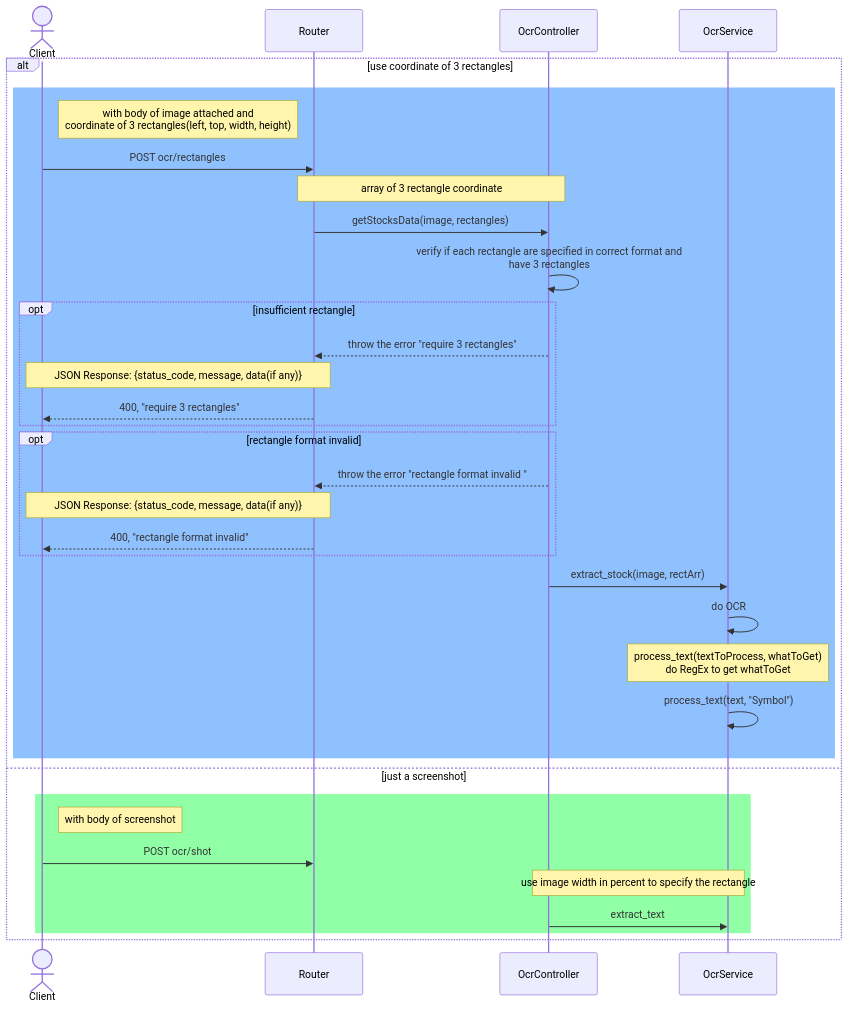
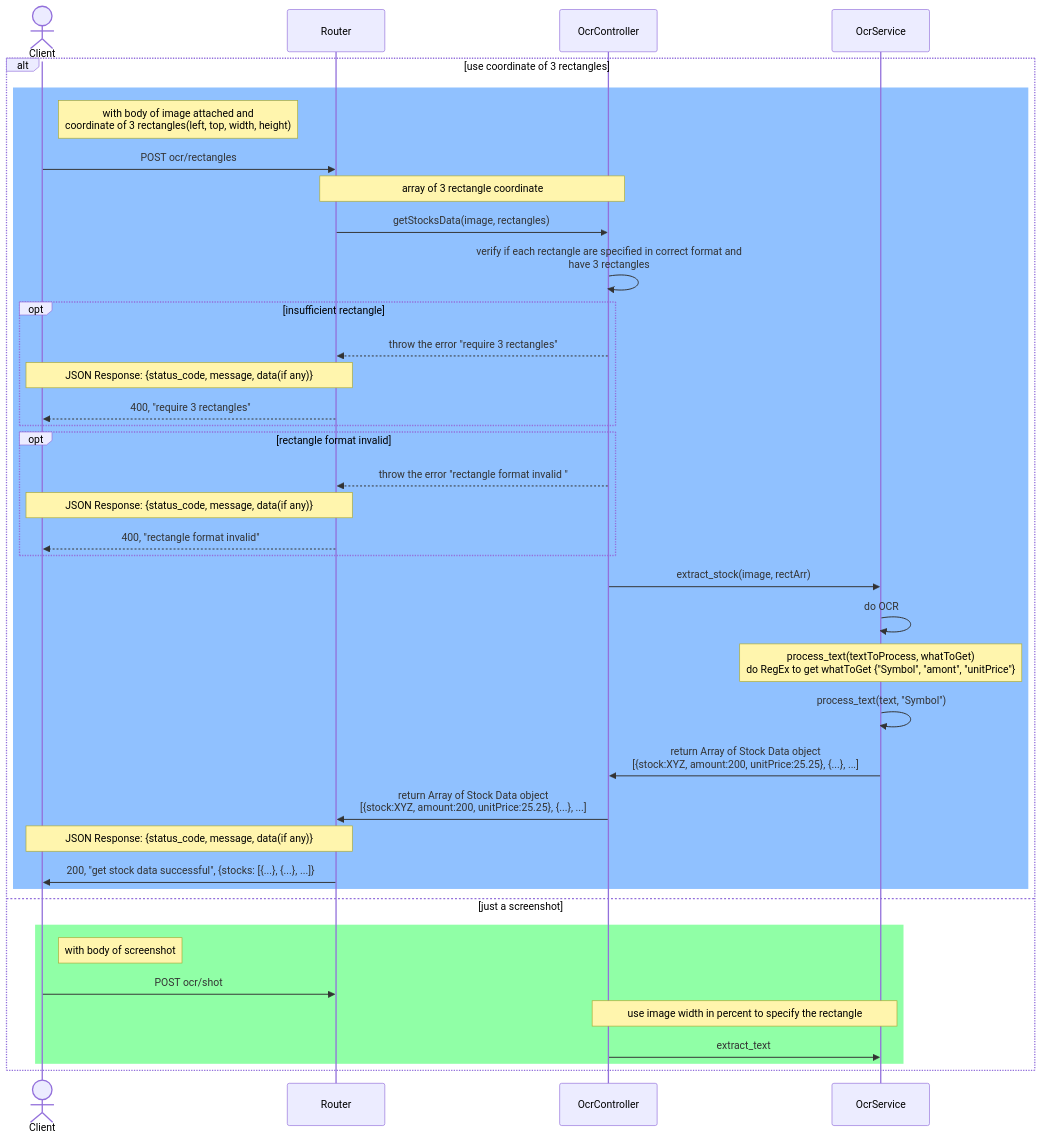
One commit to SawatKia/WealthTracking changed the diagram in design/api/Ocr.mmd. Above: the diagram before and after it, drawn with Mermaid.

Commit message:
add return for ocr with rectangles

```diff
--- a/design/api/Ocr.mmd
+++ b/design/api/Ocr.mmd
@@ -1,36 +1,41 @@
 sequenceDiagram
     actor Client
     participant Router
     participant Cont as OcrController
     participant Ocr as OcrService
 
     alt use coordinate of 3 rectangles
         rect rgb(144,193,255)
             Note right of Client: with body of image attached and<br>coordinate of 3 rectangles(left, top, width, height)
             Client->>Router: POST ocr/rectangles
             Note over Cont,Router: array of 3 rectangle coordinate
             Router->>Cont: getStocksData(image, rectangles)
             Cont->>Cont: verify if each rectangle are specified in correct format and<br>have 3 rectangles
             opt insufficient rectangle
                 Cont-->>Router: throw the error "require 3 rectangles"
                 Note over Router,Client: JSON Response: {status_code, message, data(if any)}
                 Router-->>Client: 400, "require 3 rectangles"
             end
             opt rectangle format invalid 
                 Cont-->>Router: throw the error "rectangle format invalid "
                 Note over Router,Client: JSON Response: {status_code, message, data(if any)}
                 Router-->>Client: 400, "rectangle format invalid"
             end
             Cont->>Ocr: extract_stock(image, rectArr)
             Ocr->>Ocr: do OCR
-            Note over Ocr: process_text(textToProcess, whatToGet)<br>do RegEx to get whatToGet
+            Note over Ocr: process_text(textToProcess, whatToGet)<br>do RegEx to get whatToGet {"Symbol", "amont", "unitPrice"}
             Ocr->>Ocr: process_text(text, "Symbol")
+            Ocr->>Cont: return Array of Stock Data object<br>[{stock:XYZ, amount:200, unitPrice:25.25}, {...}, ...]
+            Cont->>Router: return Array of Stock Data object<br>[{stock:XYZ, amount:200, unitPrice:25.25}, {...}, ...]
+            Note over Router,Client: JSON Response: {status_code, message, data(if any)}
+            Router->>Client: 200, "get stock data successful", {stocks: [{...}, {...}, ...]}
+
         end
     else just a screenshot
         rect rgb(144,255,166)
             Note right of Client: with body of screenshot
             Client->>Router: POST ocr/shot
             Note over Cont, Ocr: use image width in percent to specify the rectangle
             Cont->>Ocr: extract_text
         end
     end
```
